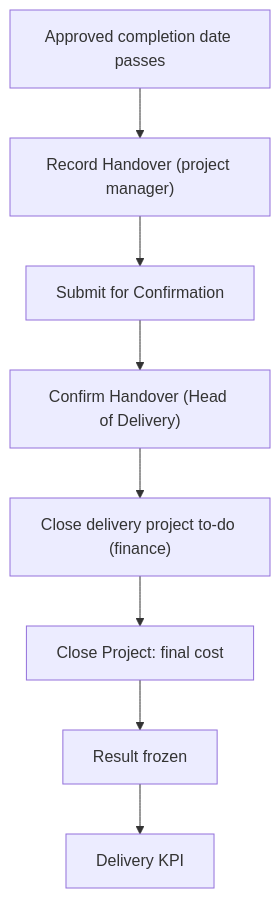
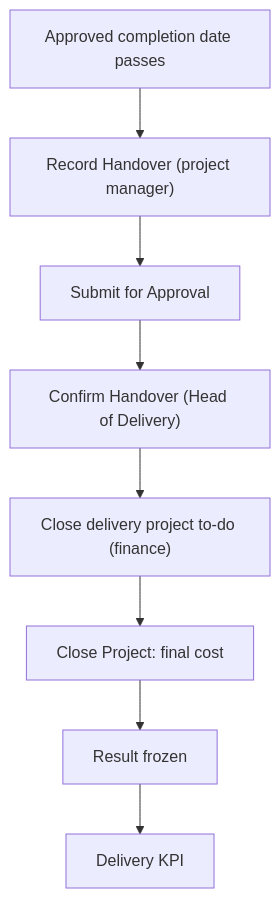
Before and after one commit to dennokorir/tritel_erp_training: the diagram in training-portal/src/content/docs/projects/concepts/handover-and-close-out.mdx, drawn with Mermaid. The commit also changed other lines of this file and 146 other files, not shown here.

````diff
--- a/training-portal/src/content/docs/projects/concepts/handover-and-close-out.mdx
+++ b/training-portal/src/content/docs/projects/concepts/handover-and-close-out.mdx
@@ -28,11 +29,11 @@
 ```mermaid
 flowchart TD
 %% docs-sync: shows tritel_project_delivery:field:project.project.approved_completion_date, tritel_project_delivery:group:group_delivery_head, tritel_project_delivery:menu:menu_delivery_config, tritel_project_delivery:menu:menu_delivery_root, tritel_project_delivery:selection:project.project.handover_state, tritel_project_delivery:view_ext:project.edit_project:button:close-project, tritel_project_delivery:view_ext:project.edit_project:button:handover, tritel_project_delivery:view_ext:project.edit_project:button:record-handover
   A["Approved completion date passes"] --> B["Record Handover (project manager)"]
-  B --> C["Submit for Confirmation"]
+  B --> C["Submit for Approval"]
   C --> D["Confirm Handover (Head of Delivery)"]
   D --> E["Close delivery project to-do (finance)"]
   E --> F["Close Project: final cost"]
   F --> G["Result frozen"]
   G --> H["Delivery KPI"]
 ```
````
